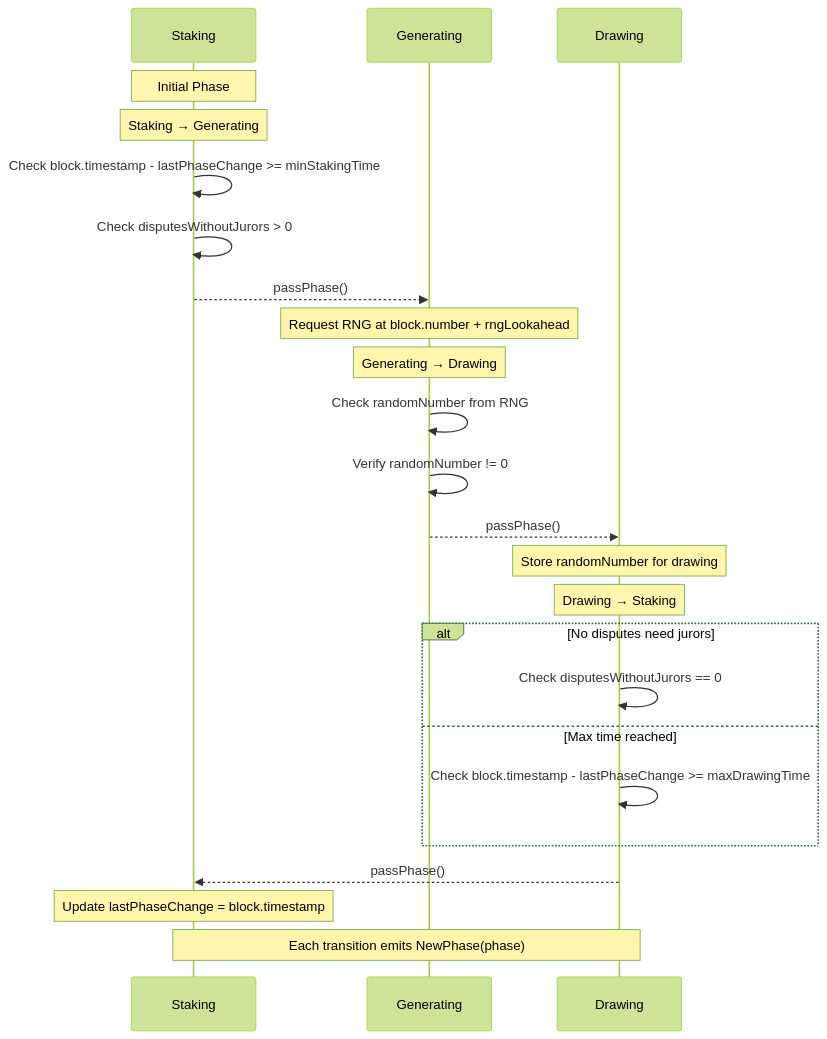
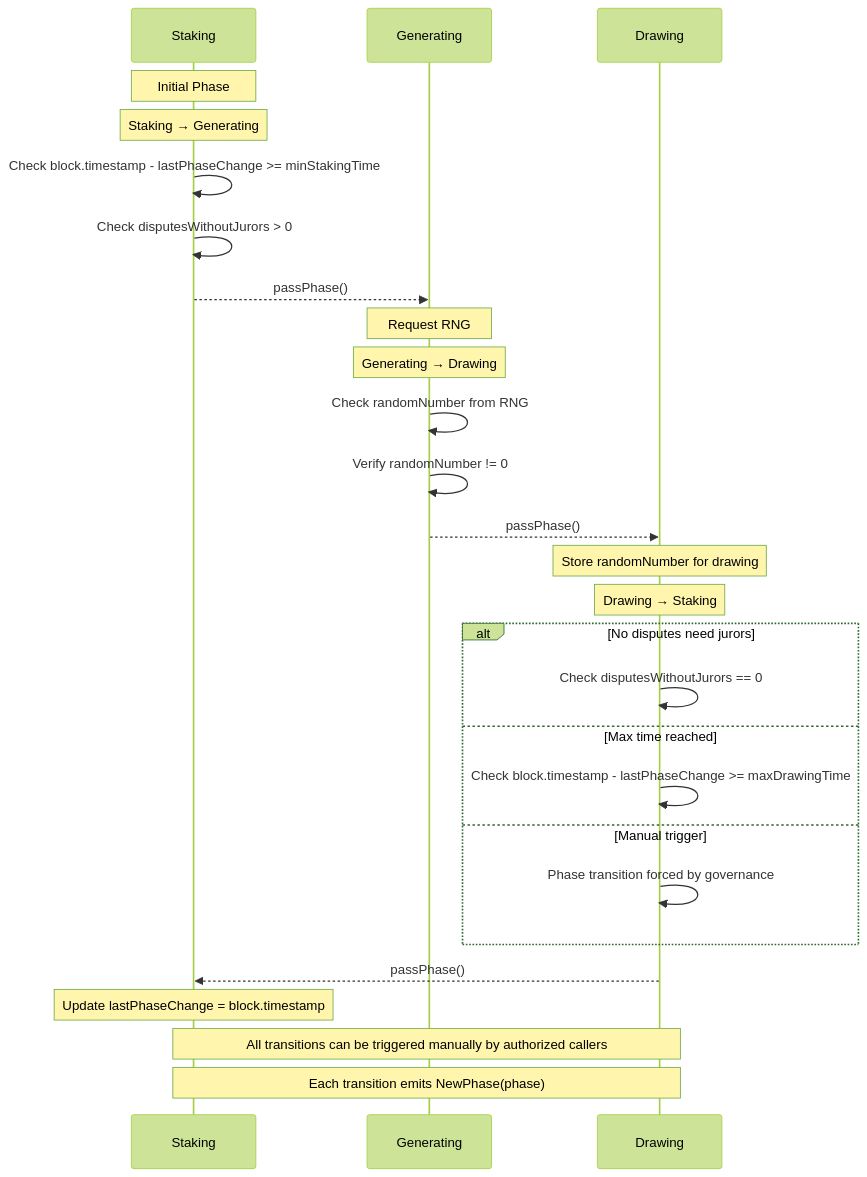
Before and after one commit to kleros/kleros-v2: the first of 2 diagrams in contracts/specifications/sortition-module.md, drawn with Mermaid (forest theme). The commit also changed other lines of this file and 11 other files, not shown here.

````diff
--- a/contracts/specifications/sortition-module.md
+++ b/contracts/specifications/sortition-module.md
@@ -68,31 +337,35 @@
 ```mermaid
 sequenceDiagram
     participant Staking
     participant Generating
     participant Drawing
 
     Note over Staking: Initial Phase
 
     Note over Staking: Staking → Generating
     Staking->>Staking: Check block.timestamp - lastPhaseChange >= minStakingTime
     Staking->>Staking: Check disputesWithoutJurors > 0
     Staking-->>Generating: passPhase()
-    Note over Generating: Request RNG at block.number + rngLookahead
+    Note over Generating: Request RNG
 
     Note over Generating: Generating → Drawing
     Generating->>Generating: Check randomNumber from RNG
     Generating->>Generating: Verify randomNumber != 0
     Generating-->>Drawing: passPhase()
     Note over Drawing: Store randomNumber for drawing
 
     Note over Drawing: Drawing → Staking
     alt No disputes need jurors
         Drawing->>Drawing: Check disputesWithoutJurors == 0
     else Max time reached
         Drawing->>Drawing: Check block.timestamp - lastPhaseChange >= maxDrawingTime
+    else Manual trigger
+        Drawing->>Drawing: Phase transition forced by governance
     end
     Drawing-->>Staking: passPhase()
     Note over Staking: Update lastPhaseChange = block.timestamp
 
+    Note over Staking,Drawing: All transitions can be triggered manually by authorized callers
+
     Note over Staking,Drawing: Each transition emits NewPhase(phase)
 ```
````
